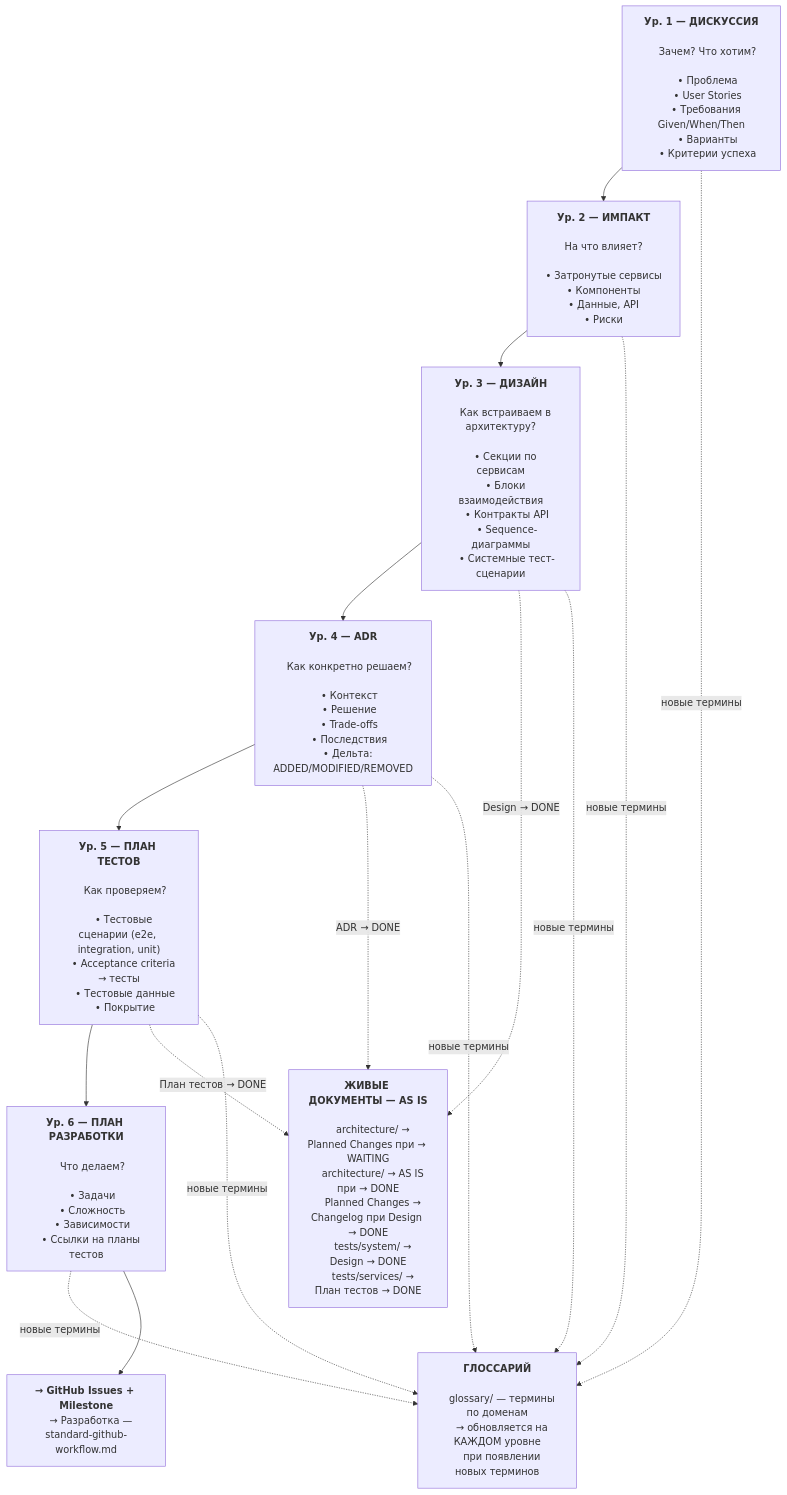
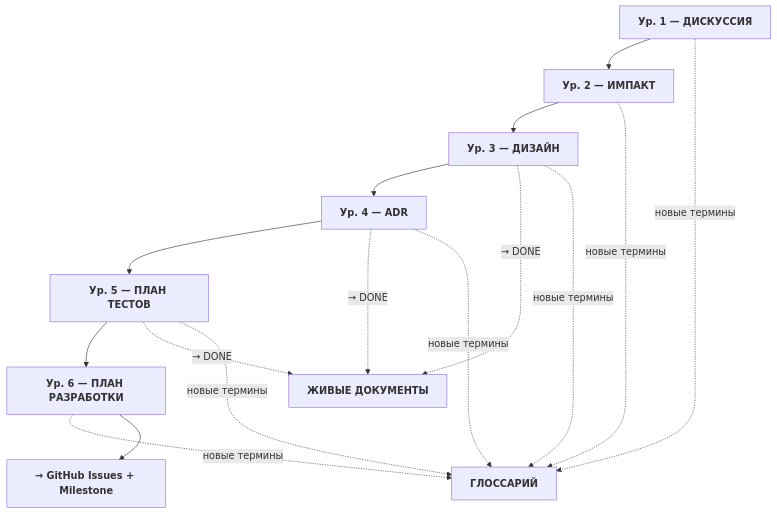
Before and after one commit to NSEvteev/FullSpec: the first of 6 diagrams in specs/.instructions/standard-specs.md, drawn with Mermaid. The commit also changed other lines of this file, not shown here.

First line of the commit message:
refactor: реструктуризация standard-specs.md — устранение дублирования §2-§6

````diff
--- a/specs/.instructions/standard-specs.md
+++ b/specs/.instructions/standard-specs.md
@@ -83,87 +85,19 @@
 ```mermaid
 graph TD
-    D["<b>Ур. 1 — ДИСКУССИЯ</b>
+    D["<b>Ур. 1 — ДИСКУССИЯ</b>"]
+    I["<b>Ур. 2 — ИМПАКТ</b>"]
+    DE["<b>Ур. 3 — ДИЗАЙН</b>"]
+    A["<b>Ур. 4 — ADR</b>"]
+    T["<b>Ур. 5 — ПЛАН ТЕСТОВ</b>"]
+    P["<b>Ур. 6 — ПЛАН РАЗРАБОТКИ</b>"]
+    LIVE["<b>ЖИВЫЕ ДОКУМЕНТЫ</b>"]
+    GLOSS["<b>ГЛОССАРИЙ</b>"]
+    DEV["<b>→ GitHub Issues + Milestone</b>"]
 
-    Зачем? Что хотим?
-
-    • Проблема
-    • User Stories
-    • Требования Given/When/Then
-    • Варианты
-    • Критерии успеха"]
-
-    I["<b>Ур. 2 — ИМПАКТ</b>
-
-    На что влияет?
-
-    • Затронутые сервисы
-    • Компоненты
-    • Данные, API
-    • Риски"]
-
-    DE["<b>Ур. 3 — ДИЗАЙН</b>
-
-    Как встраиваем в архитектуру?
-
-    • Секции по сервисам
-    • Блоки взаимодействия
-    • Контракты API
-    • Sequence-диаграммы
-    • Системные тест-сценарии"]
-
-    A["<b>Ур. 4 — ADR</b>
-
-    Как конкретно решаем?
-
-    • Контекст
-    • Решение
-    • Trade-offs
-    • Последствия
-    • Дельта: ADDED/MODIFIED/REMOVED"]
-
-    T["<b>Ур. 5 — ПЛАН ТЕСТОВ</b>
-
-    Как проверяем?
-
-    • Тестовые сценарии (e2e, integration, unit)
-    • Acceptance criteria → тесты
-    • Тестовые данные
-    • Покрытие"]
-
-    P["<b>Ур. 6 — ПЛАН РАЗРАБОТКИ</b>
-
-    Что делаем?
-
-    • Задачи
-    • Сложность
-    • Зависимости
-    • Ссылки на планы тестов"]
-
-    LIVE["<b>ЖИВЫЕ ДОКУМЕНТЫ — AS IS</b>
-
-    architecture/ → Planned Changes при → WAITING
-    architecture/ → AS IS при → DONE
-    Planned Changes → Changelog при Design → DONE
-    tests/system/ → Design → DONE
-    tests/services/ → План тестов → DONE"]
-
-    GLOSS["<b>ГЛОССАРИЙ</b>
-
-    glossary/ — термины по доменам
-    → обновляется на КАЖДОМ уровне
-    при появлении новых терминов"]
-
-    DEV["<b>→ GitHub Issues + Milestone</b>
-    → Разработка — standard-github-workflow.md"]
-
-    D --> I
-    I --> DE
-    DE --> A
-    A --> T
-    T --> P
-    DE -. "Design → DONE" .-> LIVE
-    A -. "ADR → DONE" .-> LIVE
-    T -. "План тестов → DONE" .-> LIVE
+    D --> I --> DE --> A --> T --> P
+    DE -. "→ DONE" .-> LIVE
+    A -. "→ DONE" .-> LIVE
+    T -. "→ DONE" .-> LIVE
     D & I & DE & A & T & P -. "новые термины" .-> GLOSS
     P --> DEV
 ```
````
